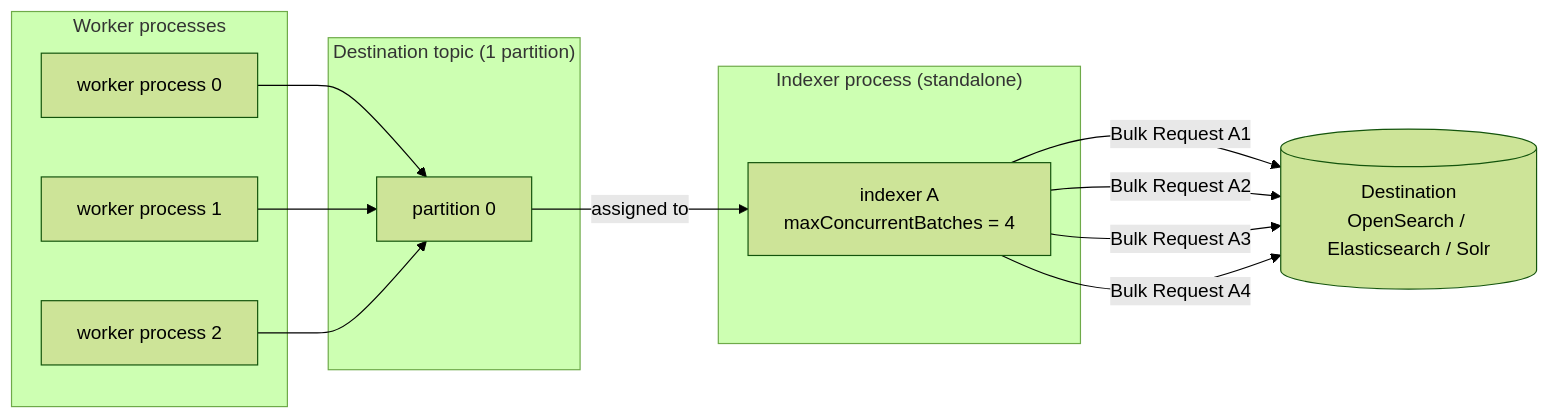
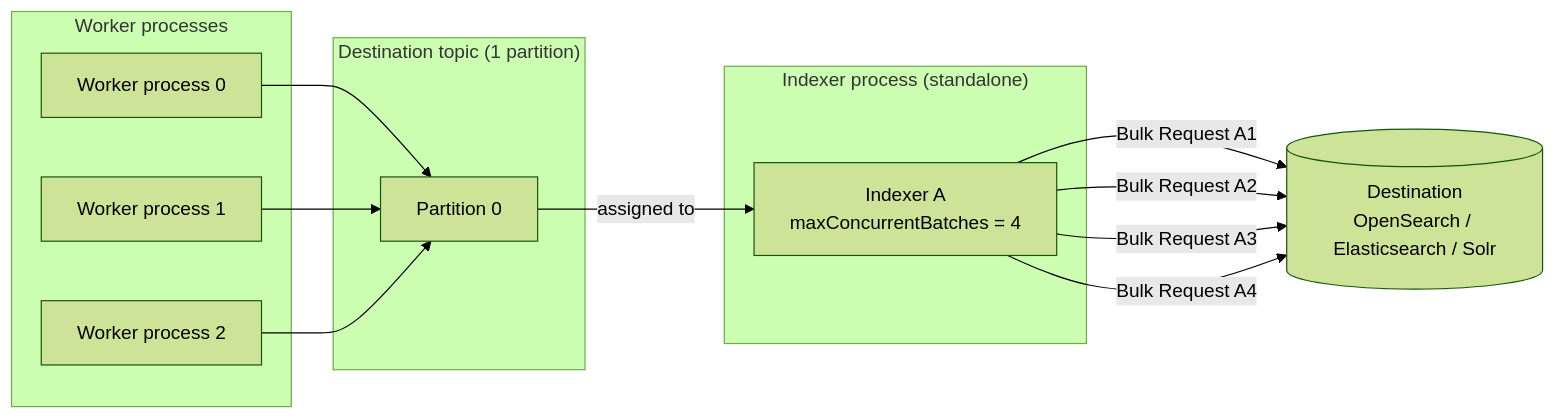
One commit to kmwtechnology/lucille changed the fourth of 5 diagrams in doc/site/content/en/docs/operations/indexing-throughput/indexing-fan-out.md. Above: the diagram before and after it, drawn with Mermaid (forest theme). The commit also changed other lines of this file, not shown here.

Commit message:
update diagram labels to begin in uppercase

````diff
--- a/doc/site/content/en/docs/operations/indexing-throughput/indexing-fan-out.md
+++ b/doc/site/content/en/docs/operations/indexing-throughput/indexing-fan-out.md
@@ -198,29 +198,29 @@
 ```mermaid
 flowchart LR
     subgraph WORKERS["Worker processes"]
-        WP0["worker process 0"]
-        WP1["worker process 1"]
-        WP2["worker process 2"]
+        WP0["Worker process 0"]
+        WP1["Worker process 1"]
+        WP2["Worker process 2"]
     end
 
     subgraph DT["Destination topic (1 partition)"]
-        DP0["partition 0"]
+        DP0["Partition 0"]
     end
 
     subgraph IP["Indexer process (standalone)"]
-        IDX["indexer A<br/>maxConcurrentBatches = 4"]
+        IDX["Indexer A<br/>maxConcurrentBatches = 4"]
     end
 
     DEST[("Destination<br/>OpenSearch / Elasticsearch / Solr")]
 
     WP0 --> DP0
     WP1 --> DP0
     WP2 --> DP0
 
     DP0 -->|assigned to| IDX
 
     IDX -->|"Bulk Request A1"| DEST
     IDX -->|"Bulk Request A2"| DEST
     IDX -->|"Bulk Request A3"| DEST
     IDX -->|"Bulk Request A4"| DEST
 ```
````
